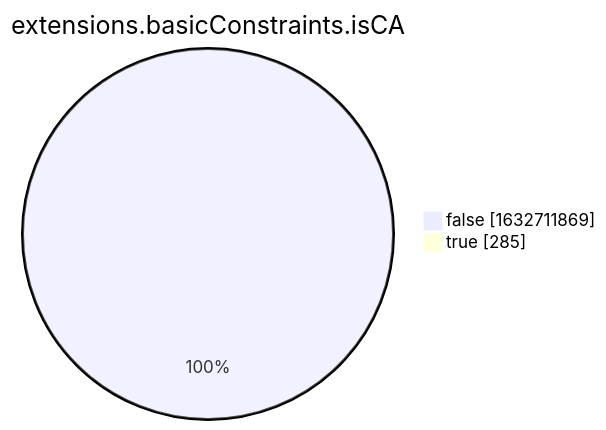
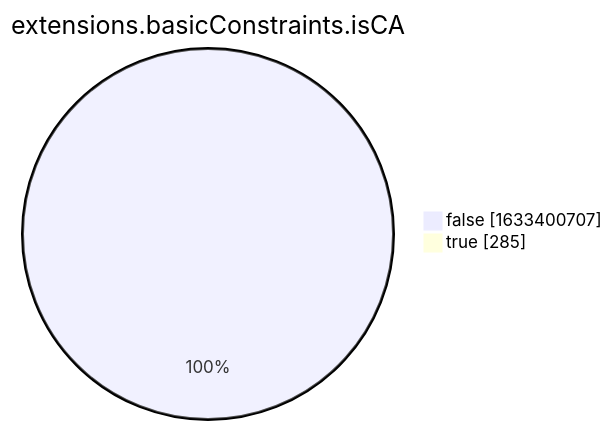
The eighth of 15 diagrams in xenon2022/README.md (christiankrug/ctmonitor_visualization), drawn with Mermaid before and after one commit. The commit also changed other lines of this file, not shown here.

````diff
--- a/xenon2022/README.md
+++ b/xenon2022/README.md
@@ -2863,6 +2863,6 @@
 ```mermaid
 pie showData
 title extensions.basicConstraints.isCA
-"false" :1632711869
+"false" :1633400707
 "true" :285
 ```
````
